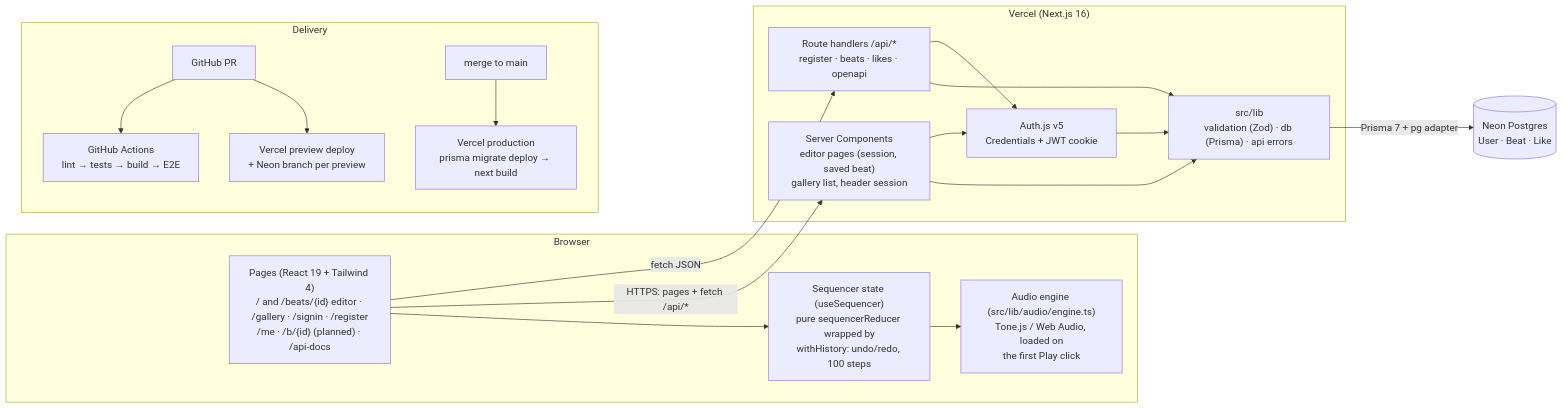
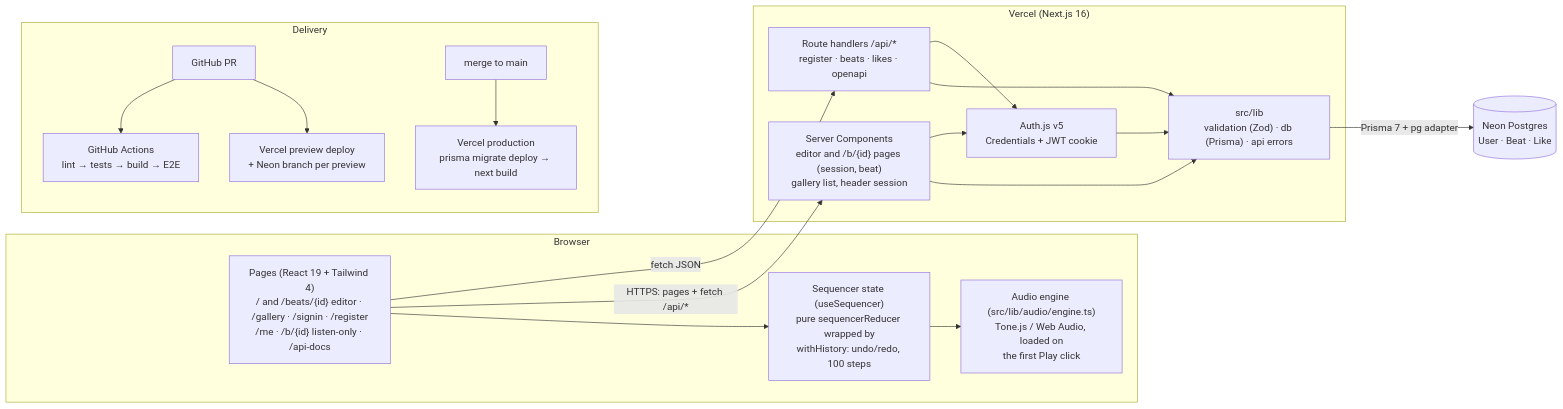
Before and after one commit to kishankumar5/looplab: the first of 2 diagrams in docs/architecture.md, drawn with Mermaid. The commit also changed other lines of this file and 2 other files, not shown here.

First line of the commit message:
docs(share): describe visibility, share links, and /b/{id} in the architecture doc (#9)

````diff
--- a/docs/architecture.md
+++ b/docs/architecture.md
@@ -9,33 +9,33 @@
 ```mermaid
 flowchart LR
   subgraph Browser
-    UI["Pages (React 19 + Tailwind 4)<br/>/ and /beats/{id} editor · /gallery · /signin · /register<br/>/me · /b/{id} (planned) · /api-docs"]
+    UI["Pages (React 19 + Tailwind 4)<br/>/ and /beats/{id} editor · /gallery · /signin · /register<br/>/me · /b/{id} listen-only · /api-docs"]
     Editor["Sequencer state (useSequencer)<br/>pure sequencerReducer wrapped by<br/>withHistory: undo/redo, 100 steps"]
     Audio["Audio engine (src/lib/audio/engine.ts)<br/>Tone.js / Web Audio, loaded on<br/>the first Play click"]
     UI --> Editor --> Audio
   end
 
   subgraph Vercel["Vercel (Next.js 16)"]
-    RSC["Server Components<br/>editor pages (session, saved beat)<br/>gallery list, header session"]
+    RSC["Server Components<br/>editor and /b/{id} pages (session, beat)<br/>gallery list, header session"]
     API["Route handlers /api/*<br/>register · beats · likes · openapi"]
     AuthJS["Auth.js v5<br/>Credentials + JWT cookie"]
     Lib["src/lib<br/>validation (Zod) · db (Prisma) · api errors"]
     RSC --> Lib
     API --> Lib
     API --> AuthJS
     RSC --> AuthJS
     AuthJS --> Lib
   end
 
   DB[("Neon Postgres<br/>User · Beat · Like")]
 
   UI -- "HTTPS: pages + fetch /api/*" --> RSC
   UI -- "fetch JSON" --> API
   Lib -- "Prisma 7 + pg adapter" --> DB
 
   subgraph Delivery["Delivery"]
     GH["GitHub PR"] --> CI["GitHub Actions<br/>lint → tests → build → E2E"]
     GH --> Preview["Vercel preview deploy<br/>+ Neon branch per preview"]
     Main["merge to main"] --> Prod["Vercel production<br/>prisma migrate deploy → next build"]
   end
 ```
````
